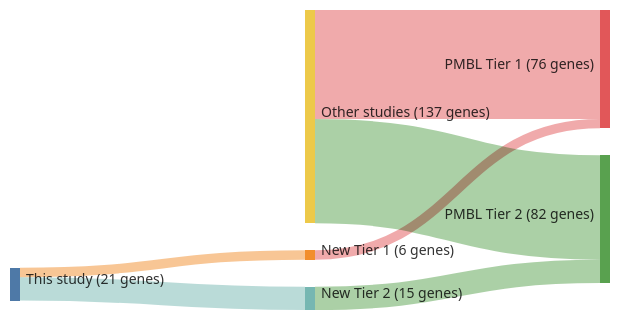
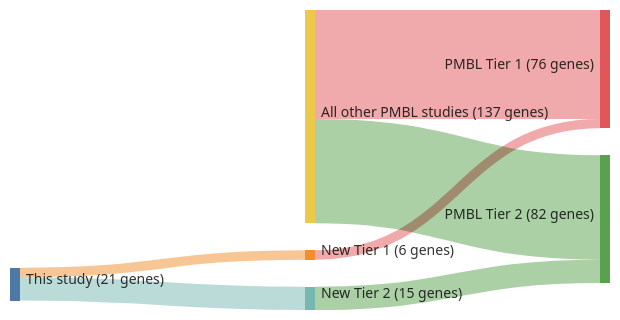
One commit to morinlab/lymphopedia changed the diagram in papers/mottokIntegrativeGenomicAnalysis2019b.md. Above: the diagram before and after it, drawn with Mermaid. The commit also changed 82 other files, not shown here.

````diff
--- a/papers/mottokIntegrativeGenomicAnalysis2019b.md
+++ b/papers/mottokIntegrativeGenomicAnalysis2019b.md
@@ -12,20 +12,20 @@
 ```mermaid
 ---
 config:
     sankey:
         showValues: true
         linkColor: target
         width: 600
         height: 300
         nodeAlignment: right
         prefix: '('
         suffix: ' genes)'
 ---
 sankey-beta
 This study, New Tier 1, 6
 New Tier 1, PMBL Tier 1, 6
 This study, New Tier 2, 15
 New Tier 2, PMBL Tier 2, 15
-Other studies, PMBL Tier 1, 70
-Other studies, PMBL Tier 2, 67
+All other PMBL studies, PMBL Tier 1, 70
+All other PMBL studies, PMBL Tier 2, 67
 ```
````
